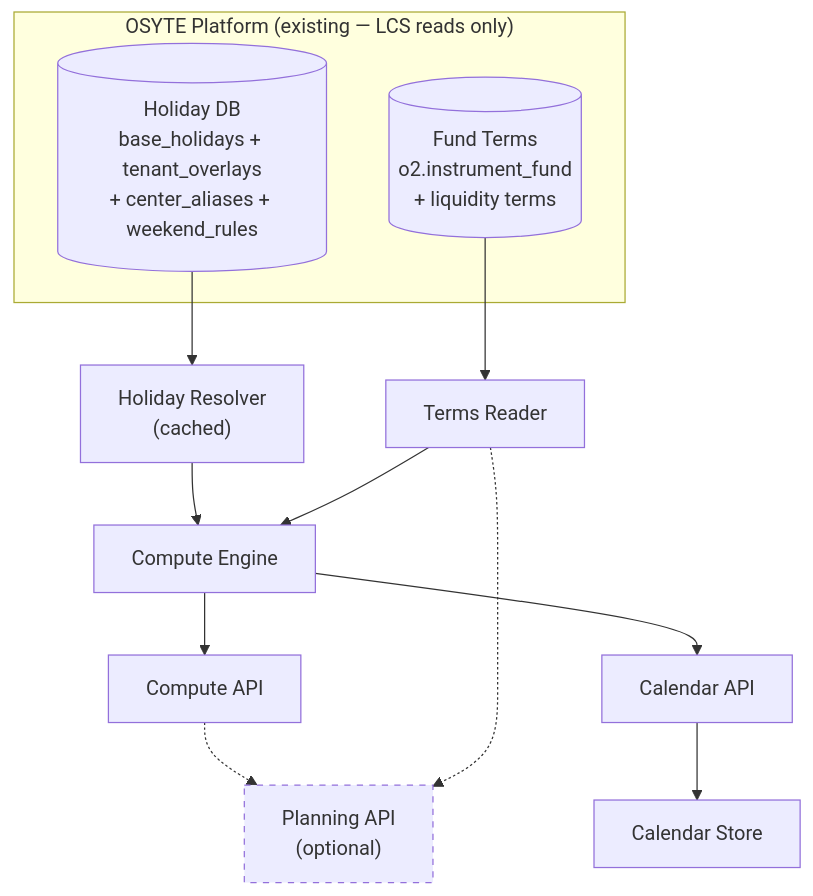
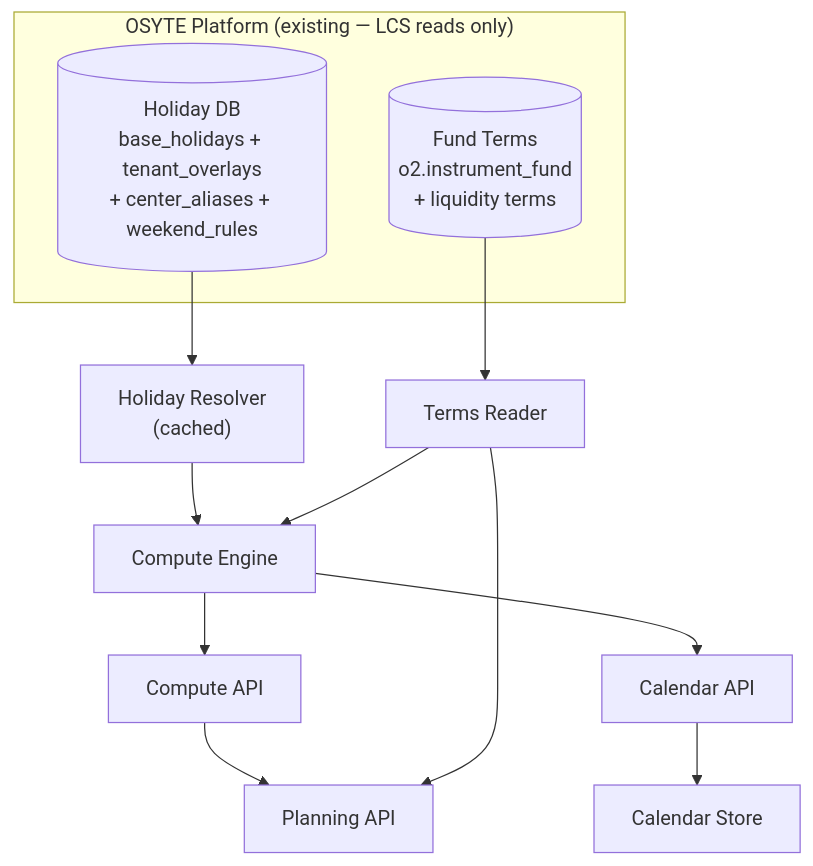
One commit to Ashu290905/OSYTE changed the eighth of 8 diagrams in lcs-main/docs/architecture.md. Above: the diagram before and after it, drawn with Mermaid. The commit also changed other lines of this file and 1 other file, not shown here.

First line of the commit message:
Planning layer confirmed: remove optional/under-discussion labels

````diff
--- a/lcs-main/docs/architecture.md
+++ b/lcs-main/docs/architecture.md
@@ -408,21 +407,20 @@
 ```mermaid
 graph TD
     subgraph "OSYTE Platform (existing — LCS reads only)"
         HDB[("Holiday DB<br/>base_holidays + tenant_overlays<br/>+ center_aliases + weekend_rules")]
         TDB[("Fund Terms<br/>o2.instrument_fund<br/>+ liquidity terms")]
     end
 
     HDB --> HS["Holiday Resolver<br/>(cached)"]
     TDB --> TR["Terms Reader"]
 
     HS --> CE["Compute Engine"]
     TR --> CE
 
     CE --> CA["Compute API"]
     CE --> CLA["Calendar API"]
     CLA --> CS["Calendar Store"]
-    CA -.-> PA["Planning API<br/>(optional)"]
-    TR -.-> PA
+    CA --> PA["Planning API"]
+    TR --> PA
 
-    style PA stroke-dasharray: 5 5
 ```
````
